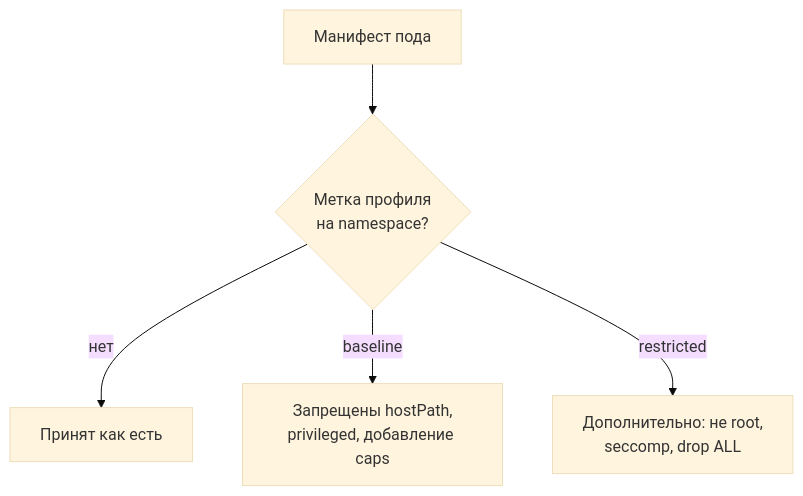
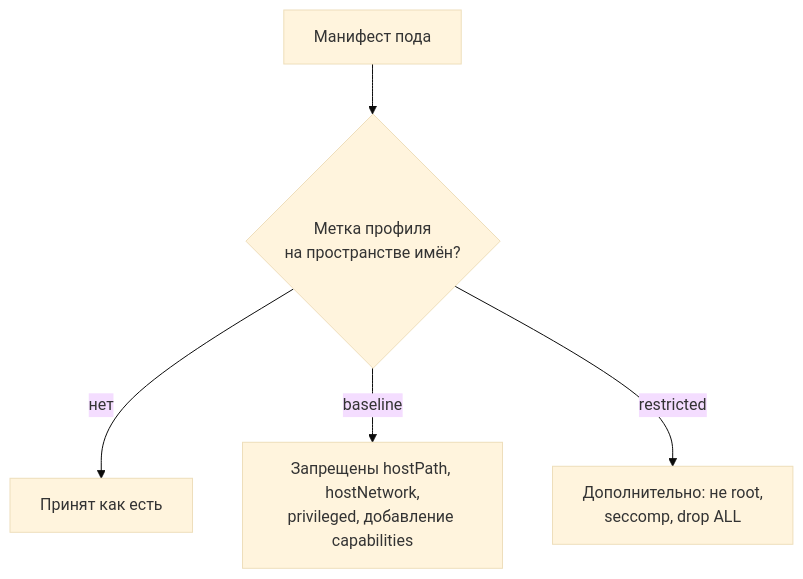
One commit to not-obfuscation/AppSec-guidebook changed the diagram in content/stage-4/k8s-pod-security.md. Above: the diagram before and after it, drawn with Mermaid (base theme). The commit also changed other lines of this file and 214 other files, not shown here.

````diff
--- a/content/stage-4/k8s-pod-security.md
+++ b/content/stage-4/k8s-pod-security.md
@@ -116,7 +180,9 @@
 ```mermaid
-flowchart TD
-    A[Манифест пода] --> B{Метка профиля<br/>на namespace?}
+flowchart TB
+    A[Манифест пода] --> B{Метка профиля<br/>на пространстве имён?}
     B -- нет --> C[Принят как есть]
-    B -- baseline --> D[Запрещены hostPath,<br/>privileged, добавление caps]
-    B -- restricted --> E[Дополнительно: не root,<br/>seccomp, drop ALL]
+    B -- baseline --> D
+    B -- restricted --> E
+D[Запрещены hostPath, hostNetwork,<br/>privileged, добавление capabilities]
+E[Дополнительно: не root,<br/>seccomp, drop ALL]
 ```
````
